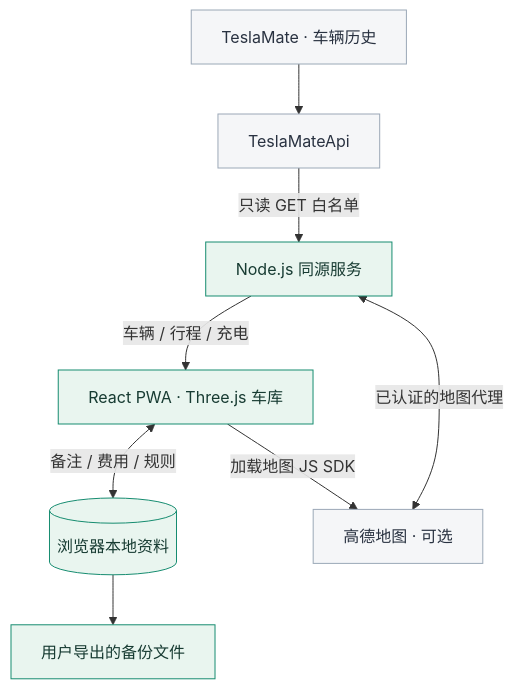
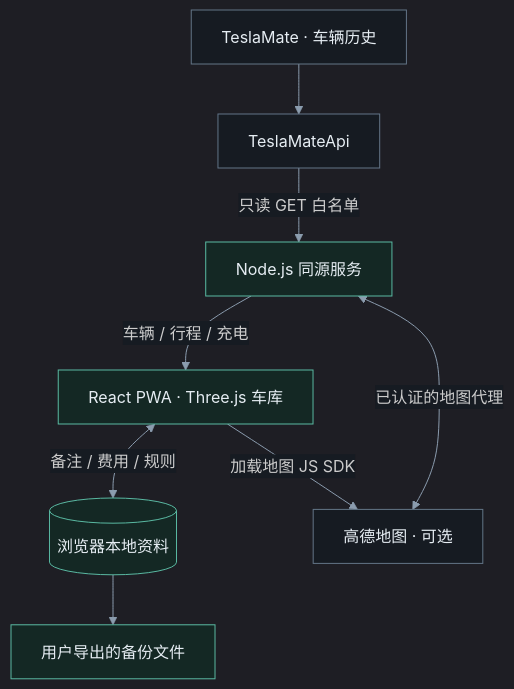
One commit to Franky-01/ModelYMate changed the diagram in README.md. Above: the diagram before and after it, drawn with Mermaid. The commit also changed other lines of this file and 7 other files, not shown here.

````diff
--- a/README.md
+++ b/README.md
@@ -73,15 +73,16 @@
 ```mermaid
+%%{init: {'theme': 'dark', 'themeVariables': {'background': '#0d1117', 'primaryColor': '#142824', 'primaryTextColor': '#e6edf3', 'primaryBorderColor': '#5ab9a2', 'lineColor': '#8b9cae', 'edgeLabelBackground': '#161b22'}}}%%
 flowchart TB
     TM["TeslaMate · 车辆历史"] --> API["TeslaMateApi"]
     API -->|"只读 GET 白名单"| NODE["Node.js 同源服务"]
     NODE -->|"车辆 / 行程 / 充电"| WEB["React PWA · Three.js 车库"]
     WEB <-->|"备注 / 费用 / 规则"| LOCAL[("浏览器本地资料")]
     LOCAL --> BACKUP["用户导出的备份文件"]
     WEB -->|"加载地图 JS SDK"| AMAP["高德地图 · 可选"]
     NODE <-->|"已认证的地图代理"| AMAP
 
-    classDef app fill:#e9f5ef,stroke:#168c70,color:#173b32;
-    classDef external fill:#f5f6f8,stroke:#9ba8b7,color:#293241;
+    classDef app fill:#142824,stroke:#5ab9a2,color:#e6edf3;
+    classDef external fill:#161b22,stroke:#637587,color:#e6edf3;
     class NODE,WEB,LOCAL,BACKUP app;
     class TM,API,AMAP external;
 ```
````
